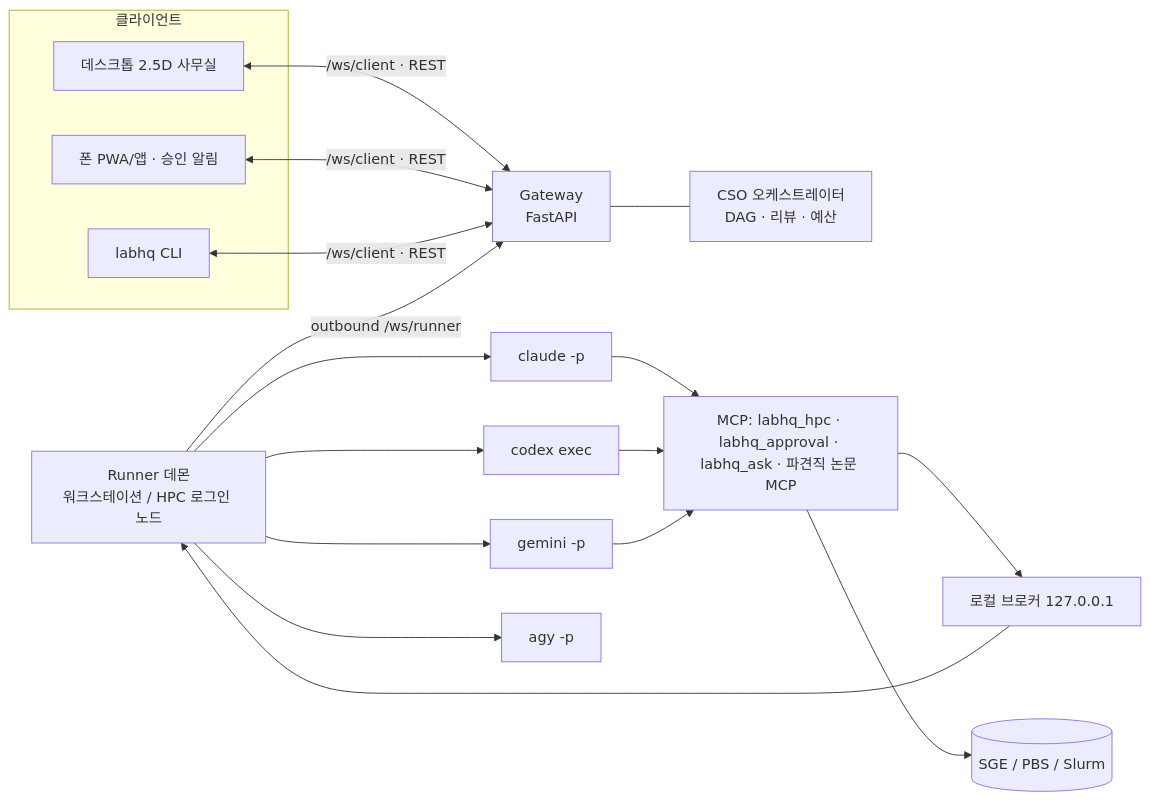
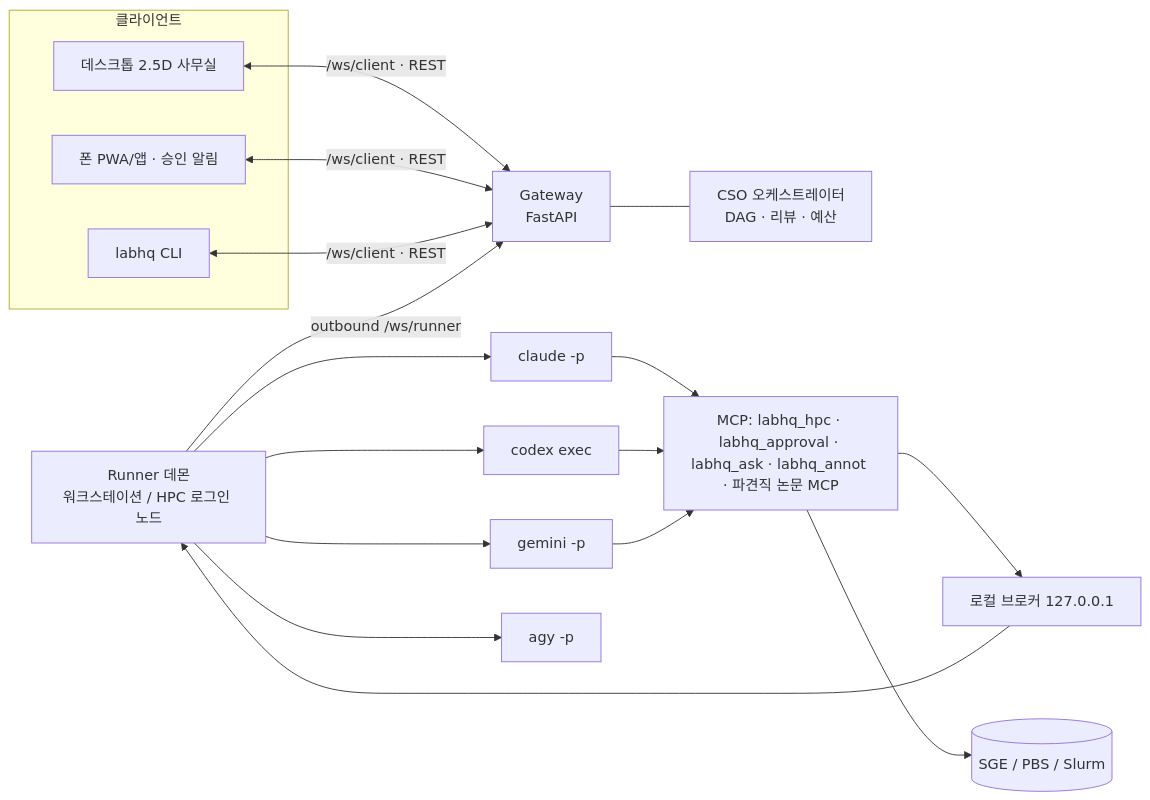
The first of 2 diagrams in docs/manual.md (ehojune/bioinfo-team-3d), drawn with Mermaid before and after one commit. The commit also changed other lines of this file and 16 other files, not shown here.

First line of the commit message:
labhq_annot MCP: 변이를 Ensembl VEP·gnomAD·ClinVar에서 조회하고 판본을 기록 (#435)

````diff
--- a/docs/manual.md
+++ b/docs/manual.md
@@ -250,15 +250,15 @@
 ```mermaid
 flowchart LR
   subgraph 클라이언트
     D[데스크톱 2.5D 사무실]
     M[폰 PWA/앱 · 승인 알림]
     C[labhq CLI]
   end
   D & M & C <-->|/ws/client · REST| G[Gateway<br/>FastAPI]
   G --- O[CSO 오케스트레이터<br/>DAG · 리뷰 · 예산]
   R[Runner 데몬<br/>워크스테이션 / HPC 로그인 노드] -->|outbound /ws/runner| G
   R --> E1[claude -p] & E2[codex exec] & E3[gemini -p] & E4[agy -p]
-  E1 & E2 & E3 --> T[MCP: labhq_hpc · labhq_approval · labhq_ask · 파견직 논문 MCP]
+  E1 & E2 & E3 --> T[MCP: labhq_hpc · labhq_approval · labhq_ask · labhq_annot · 파견직 논문 MCP]
   T --> B[로컬 브로커 127.0.0.1] --> R
   T --> H[(SGE / PBS / Slurm)]
 ```
````
